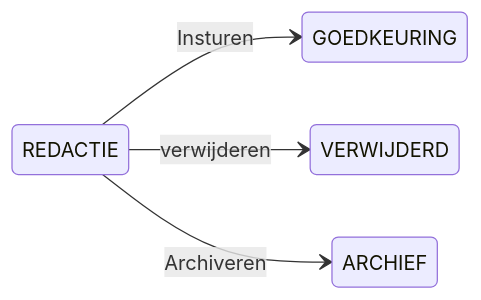
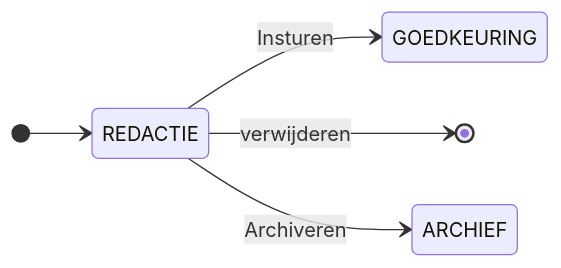
Before and after one commit to vl-wbk/documentatie-portaal: the third of 4 diagrams in docs/artikelen/levenscyclus.md, drawn with Mermaid. The commit also changed other lines of this file, not shown here.

````diff
--- a/docs/artikelen/levenscyclus.md
+++ b/docs/artikelen/levenscyclus.md
@@ -78,7 +78,8 @@
 ```mermaid
 stateDiagram-v2
     direction LR
+    [*] --> REDACTIE
     REDACTIE --> GOEDKEURING: Insturen
-    REDACTIE --> VERWIJDERD: verwijderen
+    REDACTIE --> [*]: verwijderen
     REDACTIE --> ARCHIEF: Archiveren
 ```
````
